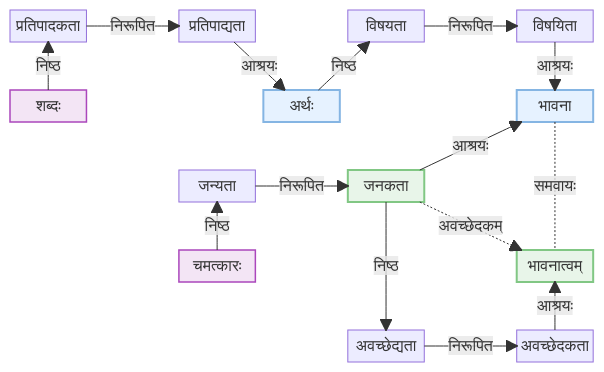
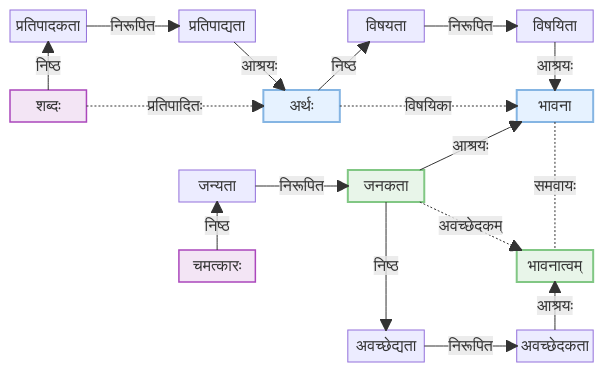
Before and after one commit to vagvibha/sahitya: the third of 3 diagrams in shastra/texts/rgd/01/rgd1-02.md, drawn with Mermaid. The commit also changed other lines of this file, not shown here.

````diff
--- a/shastra/texts/rgd/01/rgd1-02.md
+++ b/shastra/texts/rgd/01/rgd1-02.md
@@ -228,43 +239,46 @@
 ```mermaid
 block-beta
     columns 7
     
     
     m1["प्रतिपादकता"]  space  m2["प्रतिपाद्यता"] space  m3["विषयता"] space m4["विषयिता"]
     space:7
     b1["शब्दः"]  space:2  b2["अर्थः"] space:2  b4["भावना"]
+    b1 -. "प्रतिपादितः" .-> b2
+    b2 -. "विषयिका" .-> b4
+    
     style b1 fill:#f3e5f5,stroke:#ab47bc,stroke-width:1.5px
     style b2 fill:#e6f2ff,stroke:#85b5e3,stroke-width:2px
     style b4 fill:#e6f2ff,stroke:#85b5e3,stroke-width:2px
 
     space:7
     space:2 r32["जन्यता"]  space  r33["जनकता"] space:2
     style r33 fill:#e8f5e9,stroke:#81c784,stroke-width:2px
     space:7
     space:2 r42["चमत्कारः"] space:3  r44["भावनात्वम्"]
     style r44 fill:#e8f5e9,stroke:#81c784,stroke-width:2px
     style r42 fill:#f3e5f5,stroke:#ab47bc,stroke-width:1.5px
     %%style r43 fill:#e6f2ff,stroke:#85b5e3,stroke-width:2px
     space:7
     space:4  r53["अवच्छेद्यता"]  space  r54["अवच्छेदकता"]
 
     b1-- "निष्ठ" -->m1
     m1-- "निरूपित" --> m2
     m2-- "आश्रयः" --> b2
     b2-- "निष्ठ" -->m3
     m3-- "निरूपित" --> m4
     m4-- "आश्रयः" --> b4
 
     r42-- "निष्ठ" --> r32
     r32-- "निरूपित" --> r33
     r33-- "आश्रयः" --> b4
     r33 -. "अवच्छेदकम्" .-> r44
     b4 -. "समवायः" .- r44
 
     %% Arrow color change
     r33-- "निष्ठ" --> r53
     r53-- "निरूपित" --> r54
     r54-- "आश्रयः" -->r44
 
     %%style m4 fill:#e6f2ff,stroke:#85b5e3,stroke-width:2px
 ```
````
